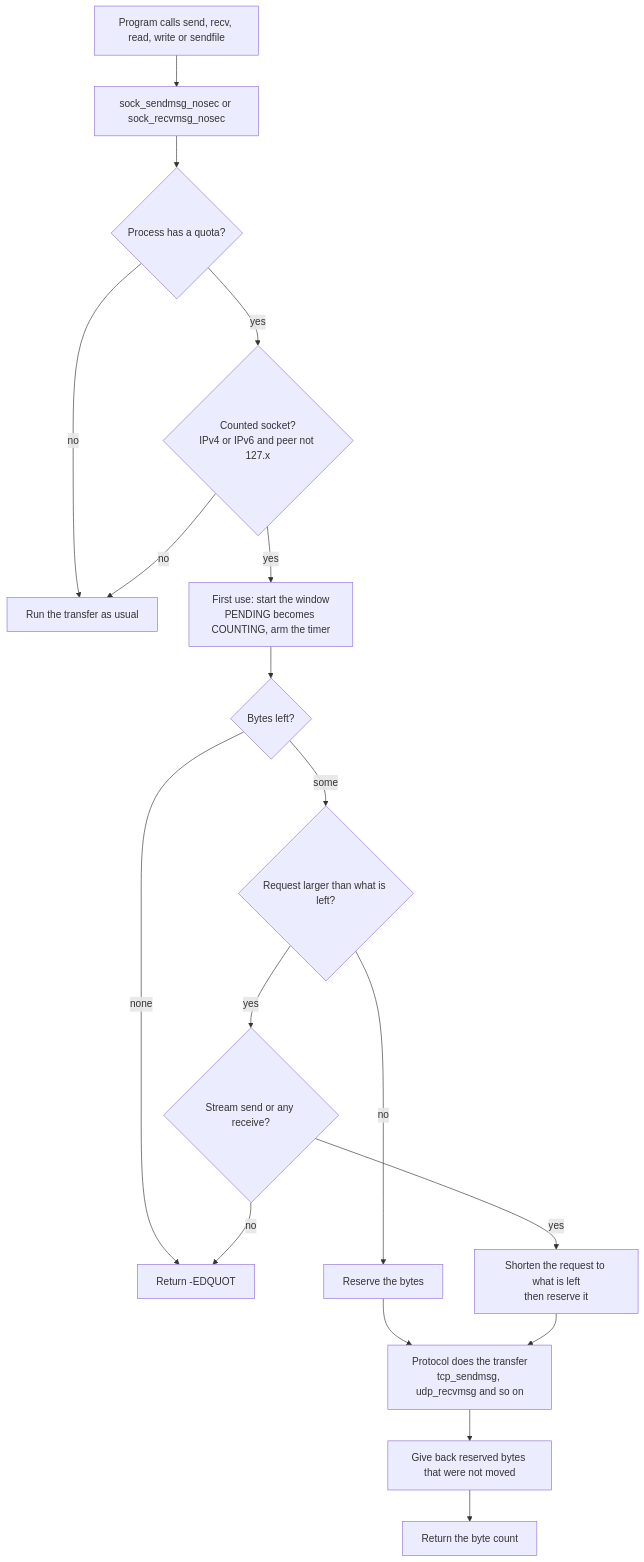
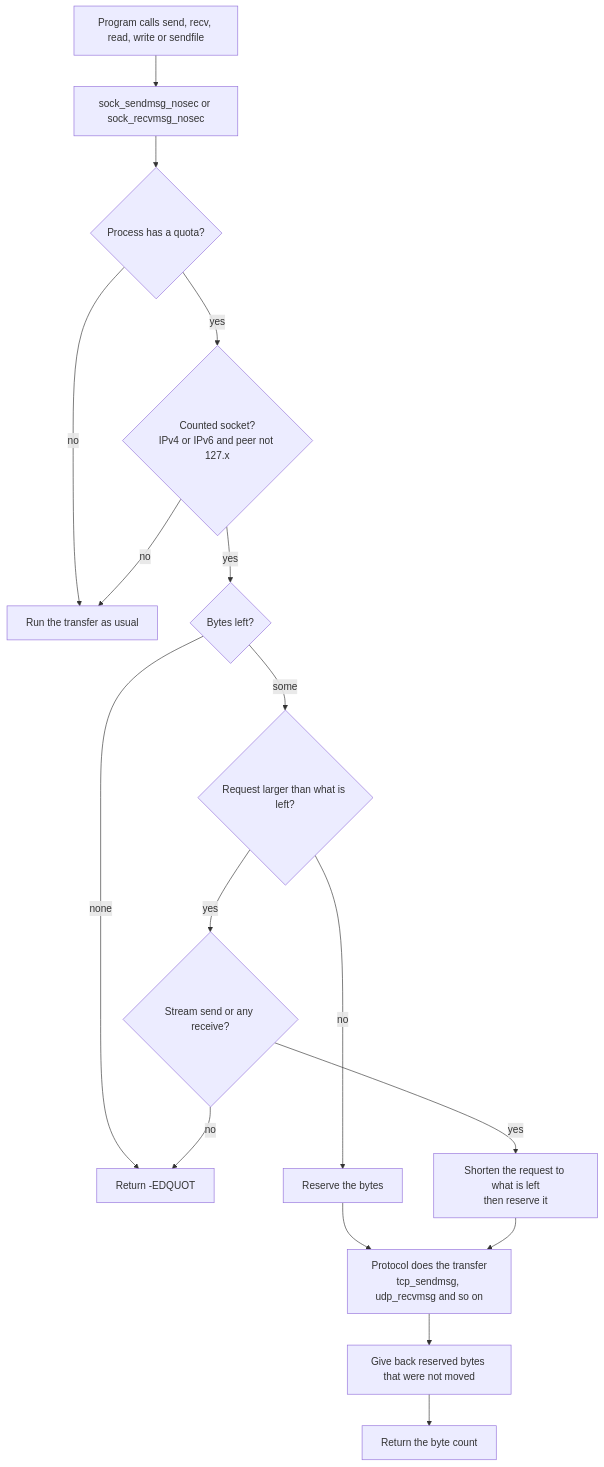
Before and after one commit to Dhruv0306/net-quota-syscall: the third of 6 diagrams in docs/how-it-works.md, drawn with Mermaid. The commit also changed other lines of this file and 3 other files, not shown here.

````diff
--- a/docs/how-it-works.md
+++ b/docs/how-it-works.md
@@ -106,20 +108,19 @@
 ```mermaid
 flowchart TD
   A["Program calls send, recv, read, write or sendfile"] --> B["sock_sendmsg_nosec or sock_recvmsg_nosec"]
   B --> C{"Process has a quota?"}
   C -- no --> Z["Run the transfer as usual"]
   C -- yes --> D{"Counted socket?<br/>IPv4 or IPv6 and peer not 127.x"}
   D -- no --> Z
-  D -- yes --> E["First use: start the window<br/>PENDING becomes COUNTING, arm the timer"]
-  E --> F{"Bytes left?"}
+  D -- yes --> F{"Bytes left?"}
   F -- none --> X["Return -EDQUOT"]
   F -- some --> G{"Request larger than what is left?"}
   G -- no --> H["Reserve the bytes"]
   G -- yes --> I{"Stream send or any receive?"}
   I -- yes --> J["Shorten the request to what is left<br/>then reserve it"]
   I -- no --> X
   H --> K["Protocol does the transfer<br/>tcp_sendmsg, udp_recvmsg and so on"]
   J --> K
   K --> L["Give back reserved bytes that were not moved"]
   L --> M["Return the byte count"]
 ```
````
